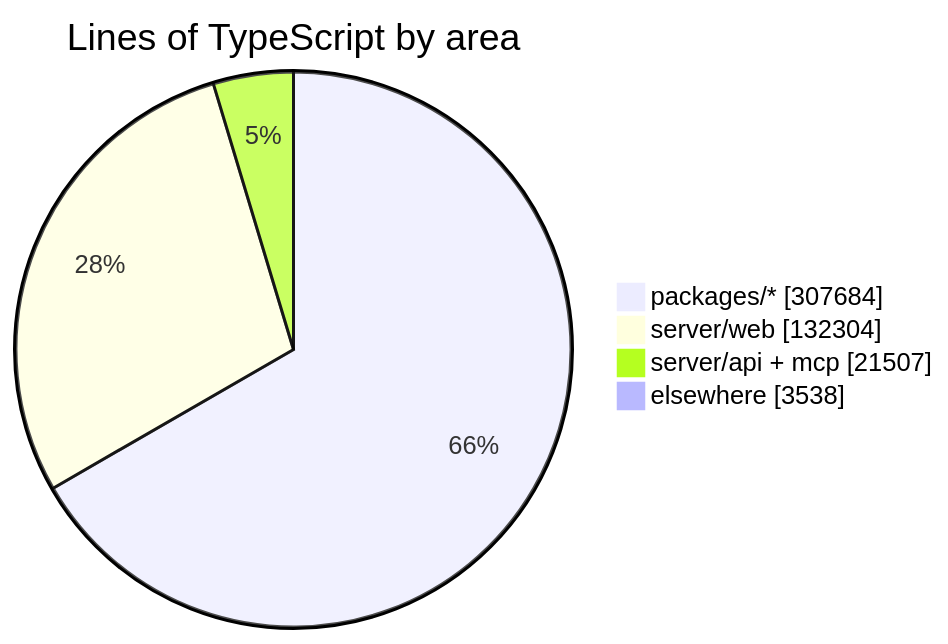
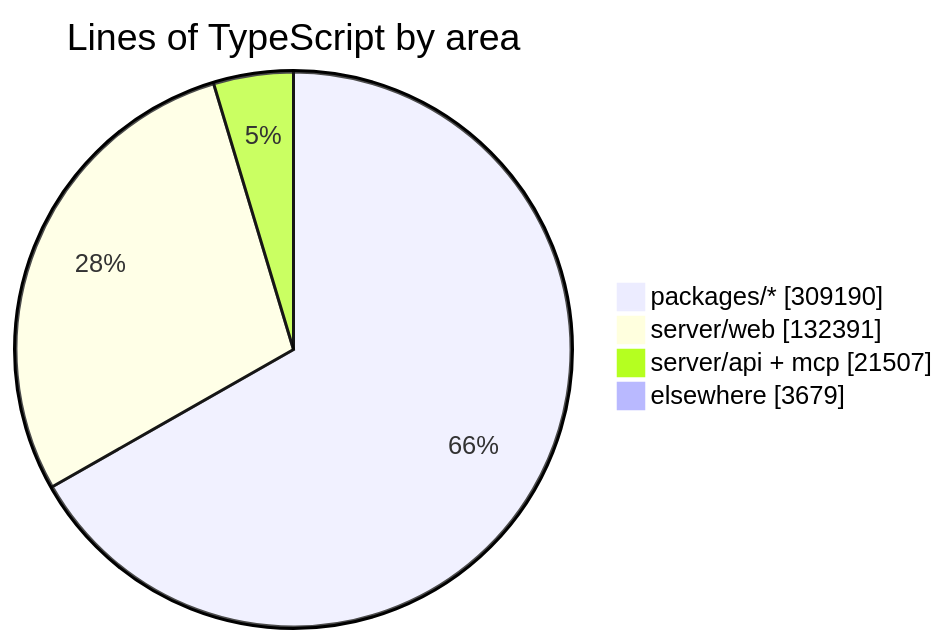
The diagram in README.md (crossworks-engineering/mantle), drawn with Mermaid before and after one commit. The commit also changed other lines of this file and 2 other files, not shown here.

````diff
--- a/README.md
+++ b/README.md
@@ -294,7 +294,7 @@
 ```mermaid
 pie showData title Lines of TypeScript by area
-    "packages/*" : 307684
-    "server/web" : 132304
+    "packages/*" : 309190
+    "server/web" : 132391
     "server/api + mcp" : 21507
-    "elsewhere" : 3538
+    "elsewhere" : 3679
 ```
````
